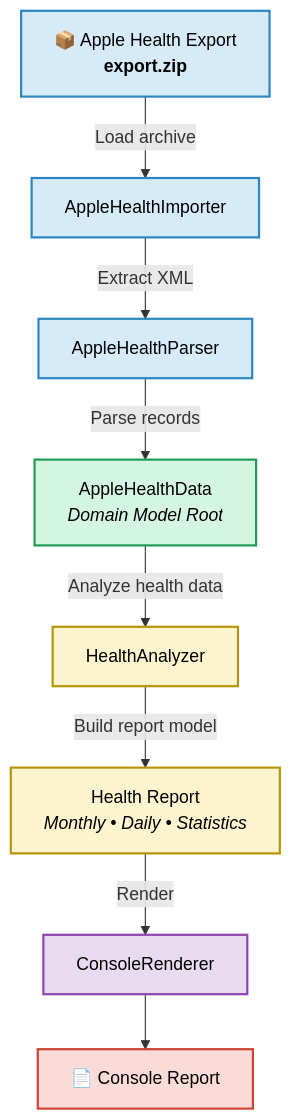
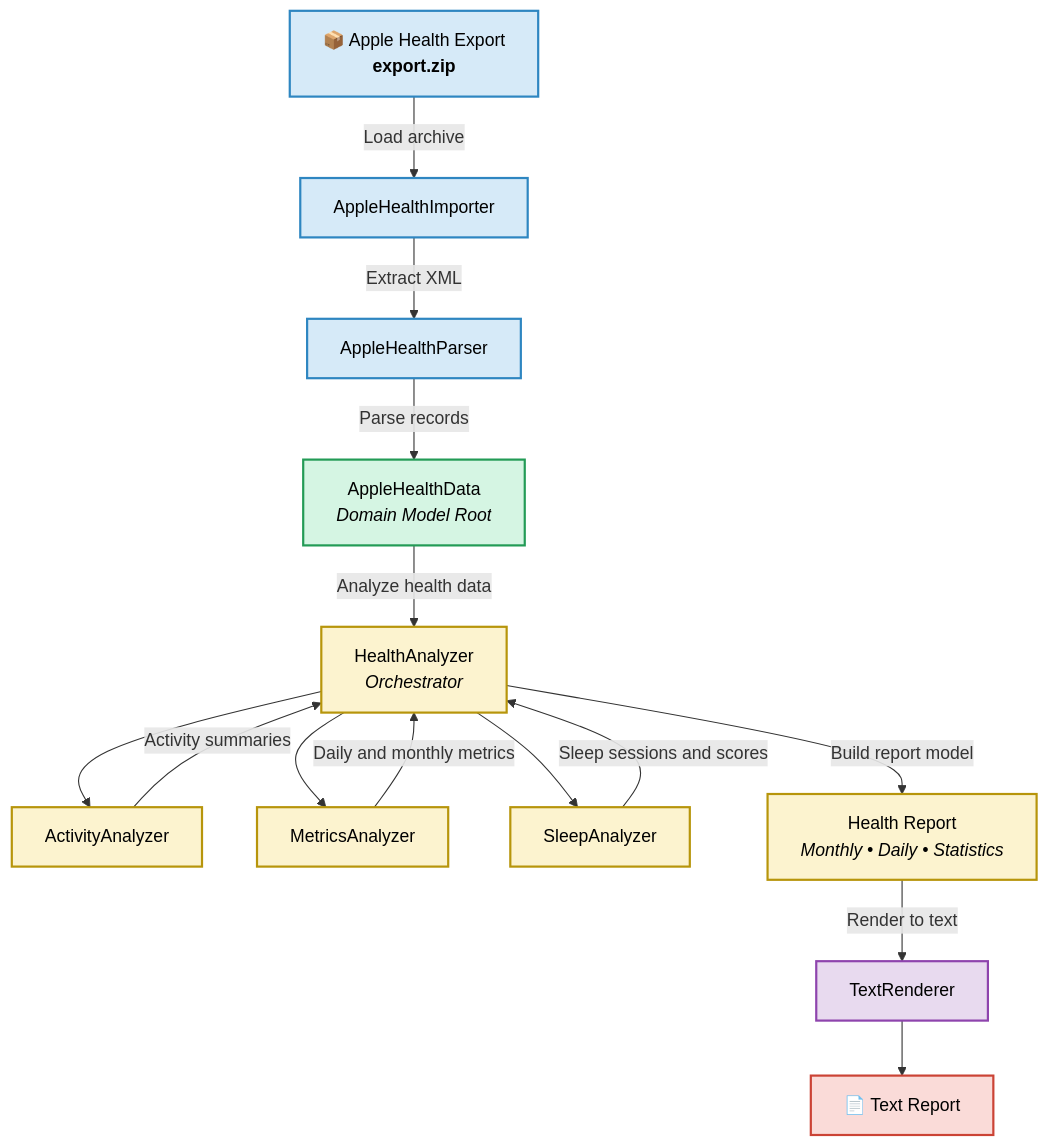
The first of 4 diagrams in README.md (MateuszMocarski/AppleHealthMonitorAnalyzer), drawn with Mermaid before and after one commit. The commit also changed other lines of this file, not shown here.

````diff
--- a/README.md
+++ b/README.md
@@ -149,44 +149,50 @@
 ```mermaid
 flowchart TD
-
-    %% ===== Nodes =====
 
     A["📦 Apple Health Export<br/><b>export.zip</b>"]
 
     B["AppleHealthImporter"]
     C["AppleHealthParser"]
 
     D["AppleHealthData<br/><i>Domain Model Root</i>"]
 
-    E["HealthAnalyzer"]
+    E["HealthAnalyzer<br/><i>Orchestrator</i>"]
+    EA["ActivityAnalyzer"]
+    EM["MetricsAnalyzer"]
+    ES["SleepAnalyzer"]
 
     F["Health Report<br/><i>Monthly • Daily • Statistics</i>"]
 
-    G["ConsoleRenderer"]
+    G["TextRenderer"]
 
-    H["📄 Console Report"]
-
-    %% ===== Flow =====
+    H["📄 Text Report"]
 
     A -->|"Load archive"| B
     B -->|"Extract XML"| C
     C -->|"Parse records"| D
     D -->|"Analyze health data"| E
+
+    E --> EA
+    E --> EM
+    E --> ES
+
+    EA -->|"Activity summaries"| E
+    EM -->|"Daily and monthly metrics"| E
+    ES -->|"Sleep sessions and scores"| E
+
     E -->|"Build report model"| F
-    F -->|"Render"| G
+    F -->|"Render to text"| G
     G --> H
-
-    %% ===== Colors =====
 
     classDef import fill:#D6EAF8,stroke:#2E86C1,color:#000,stroke-width:2px;
     classDef domain fill:#D5F5E3,stroke:#239B56,color:#000,stroke-width:2px;
     classDef analysis fill:#FCF3CF,stroke:#B7950B,color:#000,stroke-width:2px;
     classDef presentation fill:#E8DAEF,stroke:#8E44AD,color:#000,stroke-width:2px;
     classDef output fill:#FADBD8,stroke:#CB4335,color:#000,stroke-width:2px;
 
     class A,B,C import;
     class D domain;
-    class E,F analysis;
+    class E,EA,EM,ES,F analysis;
     class G presentation;
     class H output;
 ```
````
